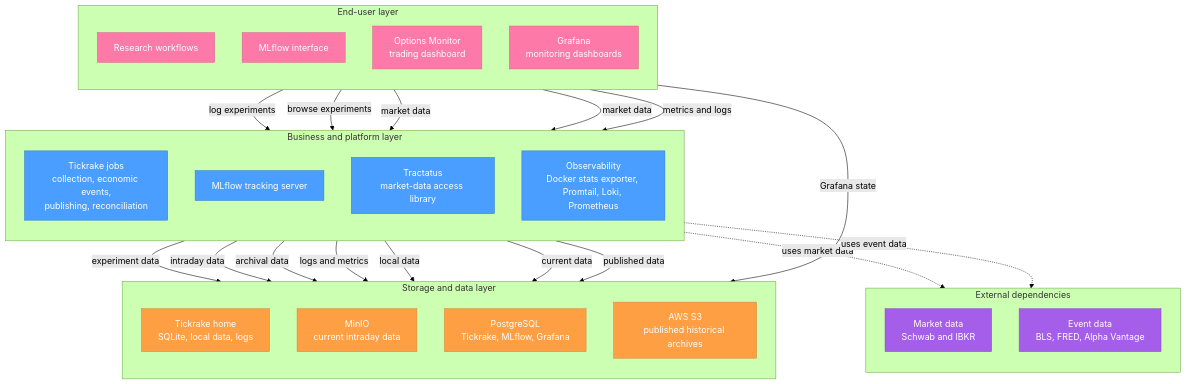
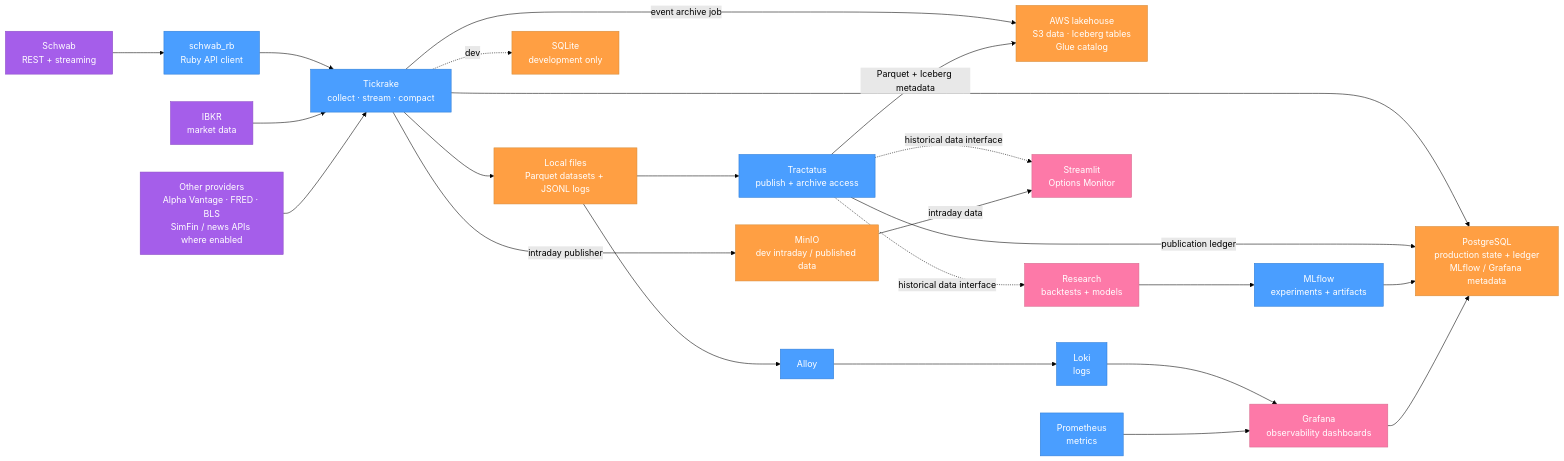
One commit to jwplatta/quant-infra changed the diagram in docs/architecture-diagram.md. Above: the diagram before and after it, drawn with Mermaid (forest theme). The commit also changed other lines of this file, not shown here.

Commit message:
docs(architecture): update platform data flows

````diff
--- a/docs/architecture-diagram.md
+++ b/docs/architecture-diagram.md
@@ -3,60 +5,56 @@
 ```mermaid
-flowchart TB
-    subgraph users["End-user layer"]
-        direction TB
-        research["Research workflows"]
-        mlflowInterface["MLflow interface"]
-        trading["Options Monitor<br/>trading dashboard"]
-        operations["Grafana<br/>monitoring dashboards"]
-    end
+flowchart LR
+    schwab["Schwab<br/>REST + streaming"]
+    schwabrb["schwab_rb<br/>Ruby API client"]
+    ibkr["IBKR<br/>market data"]
+    otherSources["Other providers<br/>Alpha Vantage · FRED · BLS<br/>SimFin / news APIs where enabled"]
+    tickrake["Tickrake<br/>collect · stream · compact"]
+    localfs["Local files<br/>Parquet datasets + JSONL logs"]
+    minio["MinIO<br/>dev intraday / published data"]
+    tractatus["Tractatus<br/>publish + archive access"]
+    lakehouse["AWS lakehouse<br/>S3 data · Iceberg tables<br/>Glue catalog"]
 
-    subgraph services["Business and platform layer"]
-        direction TB
-        tickrake["Tickrake jobs<br/>collection, economic events,<br/>publishing, reconciliation"]
-        mlflowTracking["MLflow tracking server"]
-        tractatus["Tractatus<br/>market-data access library"]
-        observability["Observability<br/>Docker stats exporter, Promtail, Loki, Prometheus"]
-    end
+    research["Research<br/>backtests + models"]
+    mlflow["MLflow<br/>experiments + artifacts"]
+    trading["Streamlit<br/>Options Monitor"]
 
-    subgraph storage["Storage and data layer"]
-        direction TB
-        tickrakeHome["Tickrake home<br/>SQLite, local data, logs"]
-        minio["MinIO<br/>current intraday data"]
-        postgres["PostgreSQL<br/>Tickrake, MLflow, Grafana"]
-        s3["AWS S3<br/>published historical archives"]
-    end
+    postgres["PostgreSQL<br/>production state + ledger<br/>MLflow / Grafana metadata"]
+    sqlite["SQLite<br/>development only"]
+    alloy["Alloy"]
+    loki["Loki<br/>logs"]
+    prometheus["Prometheus<br/>metrics"]
+    grafana["Grafana<br/>observability dashboards"]
 
-    subgraph external["External dependencies"]
-        direction TB
-        marketData["Market data<br/>Schwab and IBKR"]
-        eventData["Event data<br/>BLS, FRED, Alpha Vantage"]
-    end
+    schwab --> schwabrb --> tickrake
+    ibkr --> tickrake
+    otherSources --> tickrake
+    tickrake --> localfs
+    tickrake --> postgres
+    tickrake -. dev .-> sqlite
+    tickrake -->|"intraday publisher"| minio
+    tickrake -->|"event archive job"| lakehouse
+    localfs --> tractatus
+    tractatus -->|"Parquet + Iceberg metadata"| lakehouse
+    tractatus -->|"publication ledger"| postgres
+    tractatus -. "historical data interface" .-> research
+    tractatus -. "historical data interface" .-> trading
+    minio -->|"intraday data"| trading
 
-    research -->|"log experiments"| mlflowTracking
-    mlflowInterface -->|"browse experiments"| mlflowTracking
-    research -->|"market data"| tractatus
-    trading -->|"market data"| tractatus
-    operations -->|"metrics and logs"| observability
-    operations -->|"Grafana state"| postgres
+    research --> mlflow
+    mlflow --> postgres
 
-    mlflowTracking -->|"experiment data"| postgres
-    tractatus -->|"intraday data"| minio
-    tractatus -->|"archival data"| s3
-    observability -->|"logs and metrics"| tickrakeHome
-    tickrake -->|"local data"| tickrakeHome
-    tickrake -->|"current data"| minio
-    tickrake -->|"published data"| s3
-
-    tickrake -.->|"uses market data"| marketData
-    tickrake -.->|"uses event data"| eventData
+    localfs --> alloy --> loki
+    loki --> grafana
+    prometheus --> grafana
+    grafana --> postgres
 
     classDef user fill:#fd79a8,stroke:#d66a8e,color:#fff
     classDef service fill:#4a9eff,stroke:#2d7cd6,color:#fff
     classDef data fill:#ff9f43,stroke:#d68c3a,color:#fff
     classDef dependency fill:#a55eea,stroke:#8e4ec6,color:#fff
 
-    class research,mlflowInterface,trading,operations user
-    class tickrake,mlflowTracking,tractatus,observability service
-    class tickrakeHome,minio,postgres,s3 data
-    class marketData,eventData dependency
+    class research,trading,grafana user
+    class tickrake,schwabrb,tractatus,mlflow,alloy,loki,prometheus service
+    class postgres,sqlite,localfs,minio,lakehouse data
+    class schwab,ibkr,otherSources dependency
 ```
````
